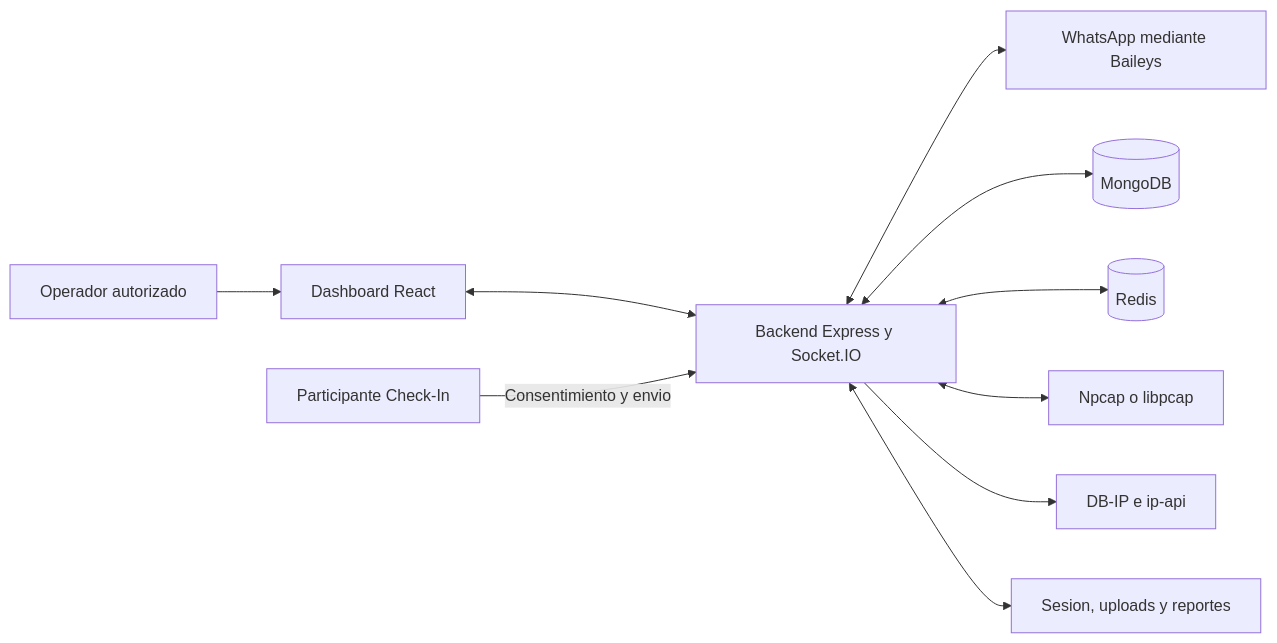
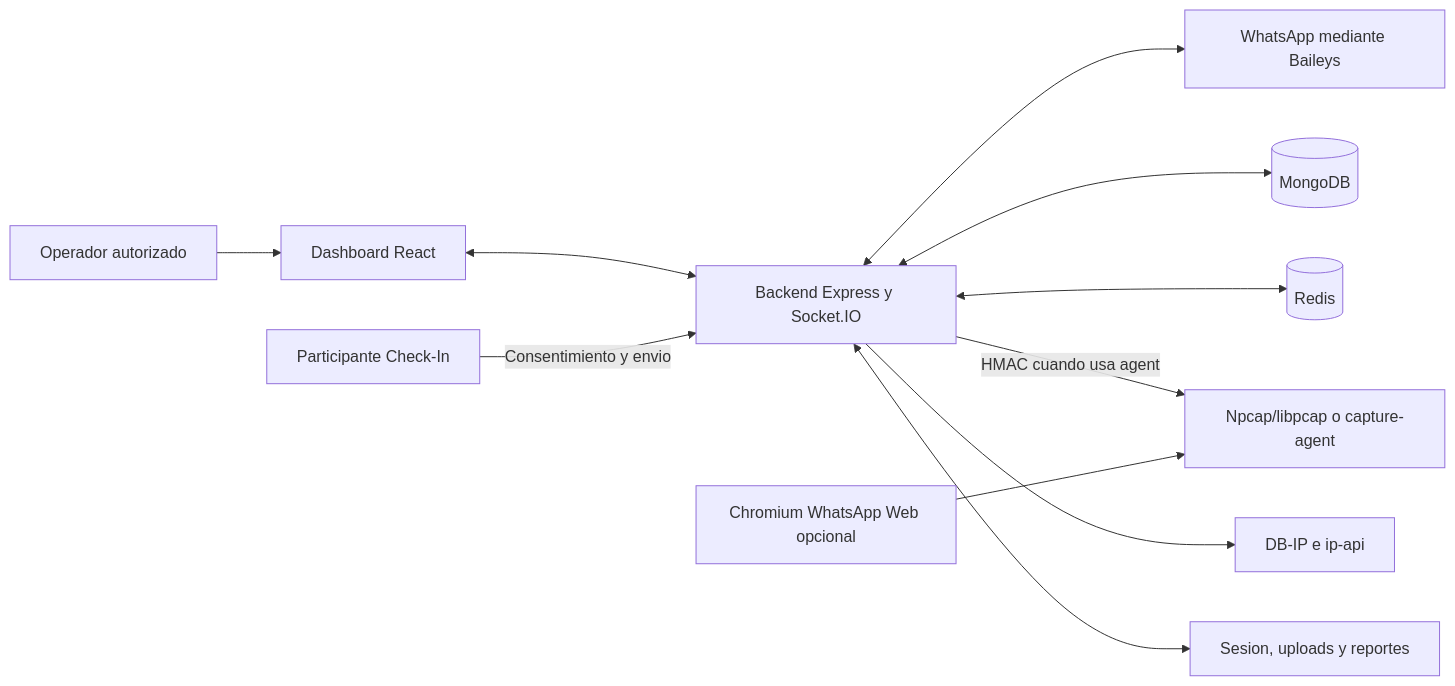
The first of 3 diagrams in docs/architecture/README.md (deco31416/wp-monitor), drawn with Mermaid before and after one commit. The commit also changed other lines of this file and 74 other files, not shown here.

````diff
--- a/docs/architecture/README.md
+++ b/docs/architecture/README.md
@@ -37,23 +37,25 @@
 ```mermaid
 flowchart LR
     Operator[Operador autorizado]
     Participant[Participante Check-In]
     Browser[Dashboard React]
     API[Backend Express y Socket.IO]
     WA[WhatsApp mediante Baileys]
     DB[(MongoDB)]
     Redis[(Redis)]
-    Capture[Npcap o libpcap]
+    WebWA[Chromium WhatsApp Web opcional]
+    Capture[Npcap/libpcap o capture-agent]
     Geo[DB-IP e ip-api]
     Files[Sesion, uploads y reportes]
 
     Operator --> Browser
     Browser <--> API
     API <--> WA
     API <--> DB
     API <--> Redis
-    API <--> Capture
+    API -->|HMAC cuando usa agent| Capture
+    WebWA --> Capture
     API --> Geo
     API <--> Files
     Participant -->|Consentimiento y envio| API
 ```
````
